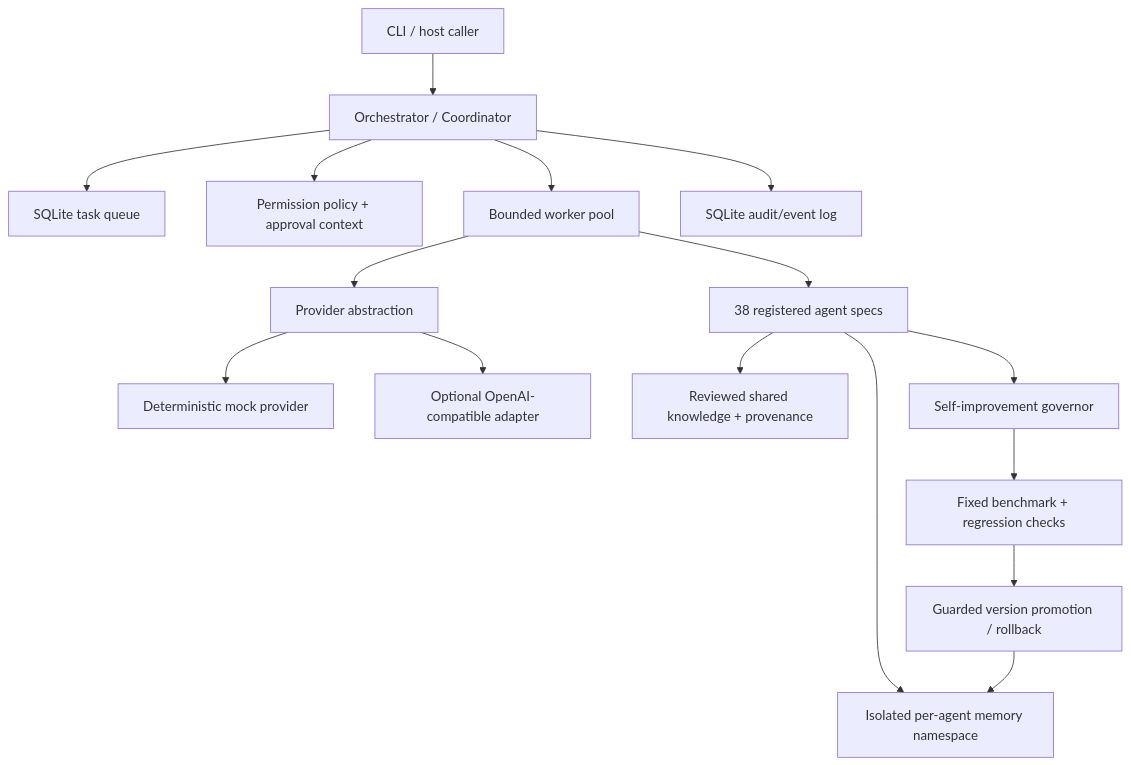
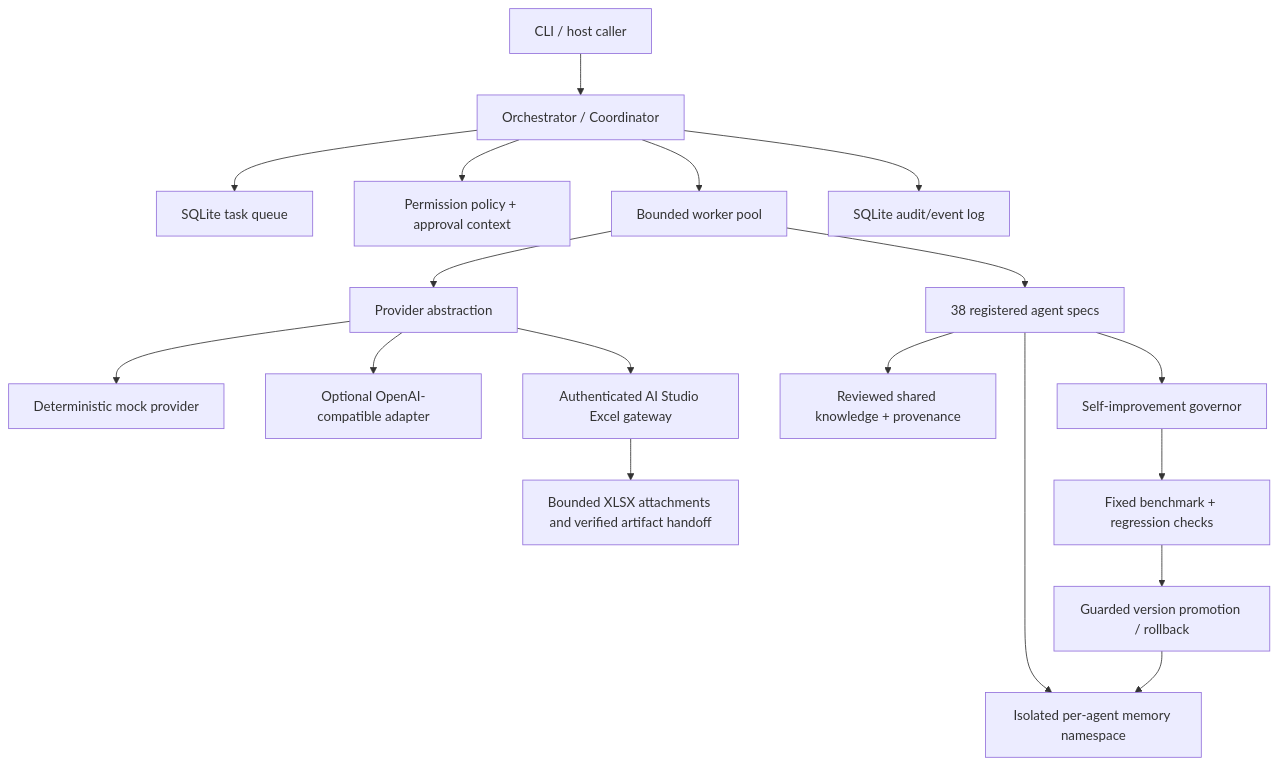
The diagram in ARCHITECTURE.md (soueilouay-creator/uneXpected-), drawn with Mermaid before and after one commit. The commit also changed other lines of this file and 3 other files, not shown here.

````diff
--- a/ARCHITECTURE.md
+++ b/ARCHITECTURE.md
@@ -3,18 +3,20 @@
 ```mermaid
 flowchart TD
   U[CLI / host caller] --> R[Orchestrator / Coordinator]
   R --> Q[SQLite task queue]
   R --> P[Permission policy + approval context]
   R --> W[Bounded worker pool]
   W --> PA[Provider abstraction]
   PA --> M[Deterministic mock provider]
   PA --> O[Optional OpenAI-compatible adapter]
+  PA --> X[Authenticated AI Studio Excel gateway]
+  X --> XF[Bounded XLSX attachments and verified artifact handoff]
   W --> A[38 registered agent specs]
   A --> AM[Isolated per-agent memory namespace]
   A --> SK[Reviewed shared knowledge + provenance]
   R --> E[SQLite audit/event log]
   A --> G[Self-improvement governor]
   G --> B[Fixed benchmark + regression checks]
   B --> PR[Guarded version promotion / rollback]
   PR --> AM
 ```
````
